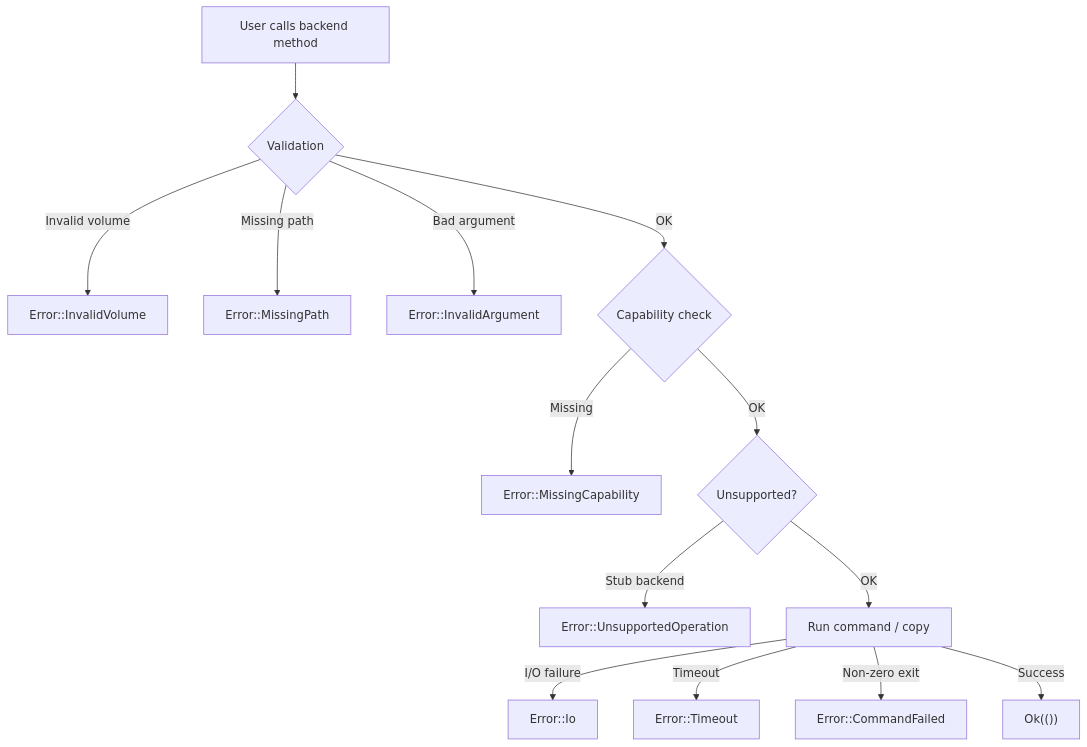
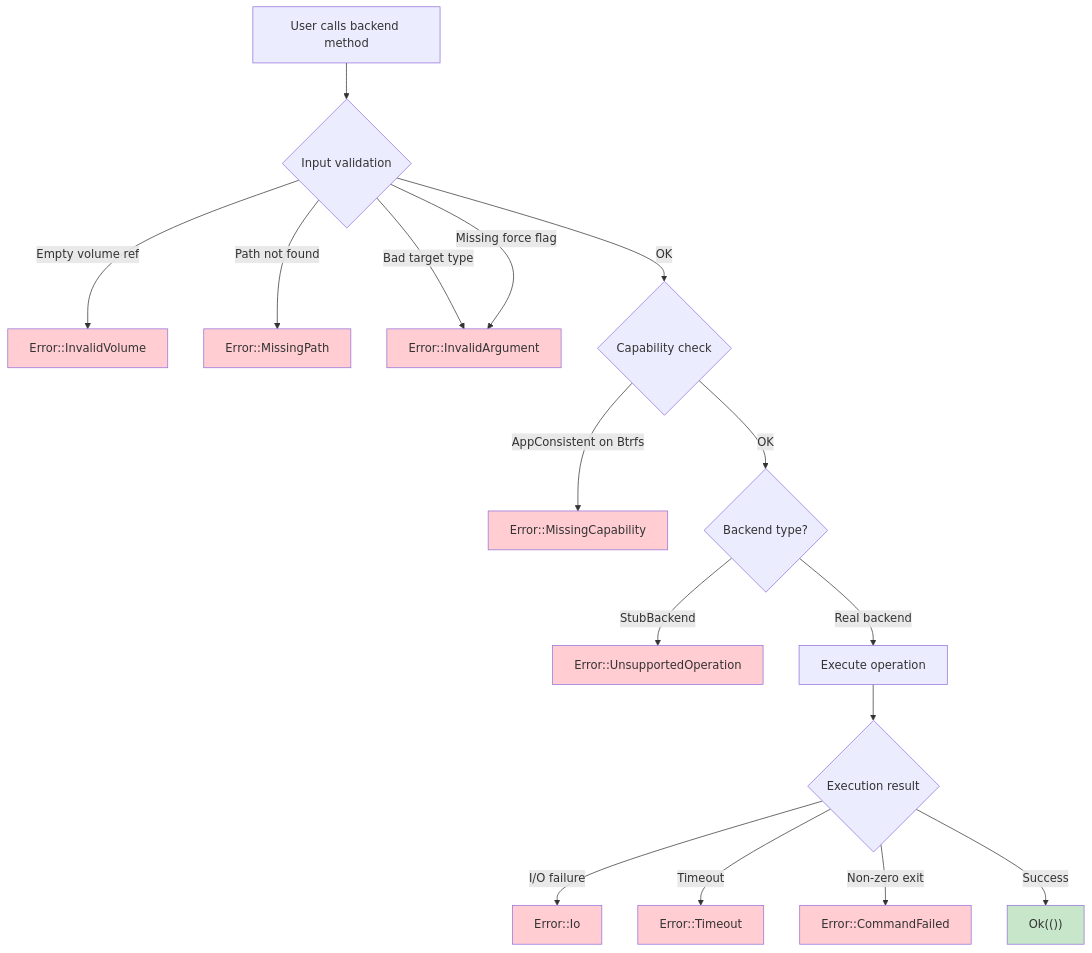
Before and after one commit to XUranus/vpt-rs: the fourth of 4 diagrams in wiki/docs/concepts/error-handling.md, drawn with Mermaid. The commit also changed other lines of this file and 52 other files, not shown here.

First line of the commit message:
Enhance wiki: mermaid rendering, detailed content, i18n (zh-Hans)

````diff
--- a/wiki/docs/concepts/error-handling.md
+++ b/wiki/docs/concepts/error-handling.md
@@ -225,16 +475,28 @@
 ```mermaid
 flowchart TD
-    A["User calls backend method"] --> B{Validation}
-    B -->|Invalid volume| C["Error::InvalidVolume"]
-    B -->|Missing path| D["Error::MissingPath"]
-    B -->|Bad argument| E["Error::InvalidArgument"]
-    B -->|OK| F{Capability check}
-    F -->|Missing| G["Error::MissingCapability"]
-    F -->|OK| H{Unsupported?}
-    H -->|Stub backend| I["Error::UnsupportedOperation"]
-    H -->|OK| J["Run command / copy"]
-    J -->|I/O failure| K["Error::Io"]
-    J -->|Timeout| L["Error::Timeout"]
-    J -->|Non-zero exit| M["Error::CommandFailed"]
-    J -->|Success| N["Ok(())"]
+    A["User calls backend method"] --> B{"Input validation"}
+    B -->|"Empty volume ref"| C["Error::InvalidVolume"]
+    B -->|"Path not found"| D["Error::MissingPath"]
+    B -->|"Bad target type"| E["Error::InvalidArgument"]
+    B -->|"Missing force flag"| E
+    B -->|"OK"| F{"Capability check"}
+    F -->|"AppConsistent on Btrfs"| G["Error::MissingCapability"]
+    F -->|"OK"| H{"Backend type?"}
+    H -->|"StubBackend"| I["Error::UnsupportedOperation"]
+    H -->|"Real backend"| J["Execute operation"]
+    J --> K{"Execution result"}
+    K -->|"I/O failure"| L["Error::Io"]
+    K -->|"Timeout"| M["Error::Timeout"]
+    K -->|"Non-zero exit"| N["Error::CommandFailed"]
+    K -->|"Success"| O["Ok(())"]
+
+    style C fill:#ffcdd2
+    style D fill:#ffcdd2
+    style E fill:#ffcdd2
+    style G fill:#ffcdd2
+    style I fill:#ffcdd2
+    style L fill:#ffcdd2
+    style M fill:#ffcdd2
+    style N fill:#ffcdd2
+    style O fill:#c8e6c9
 ```
````
